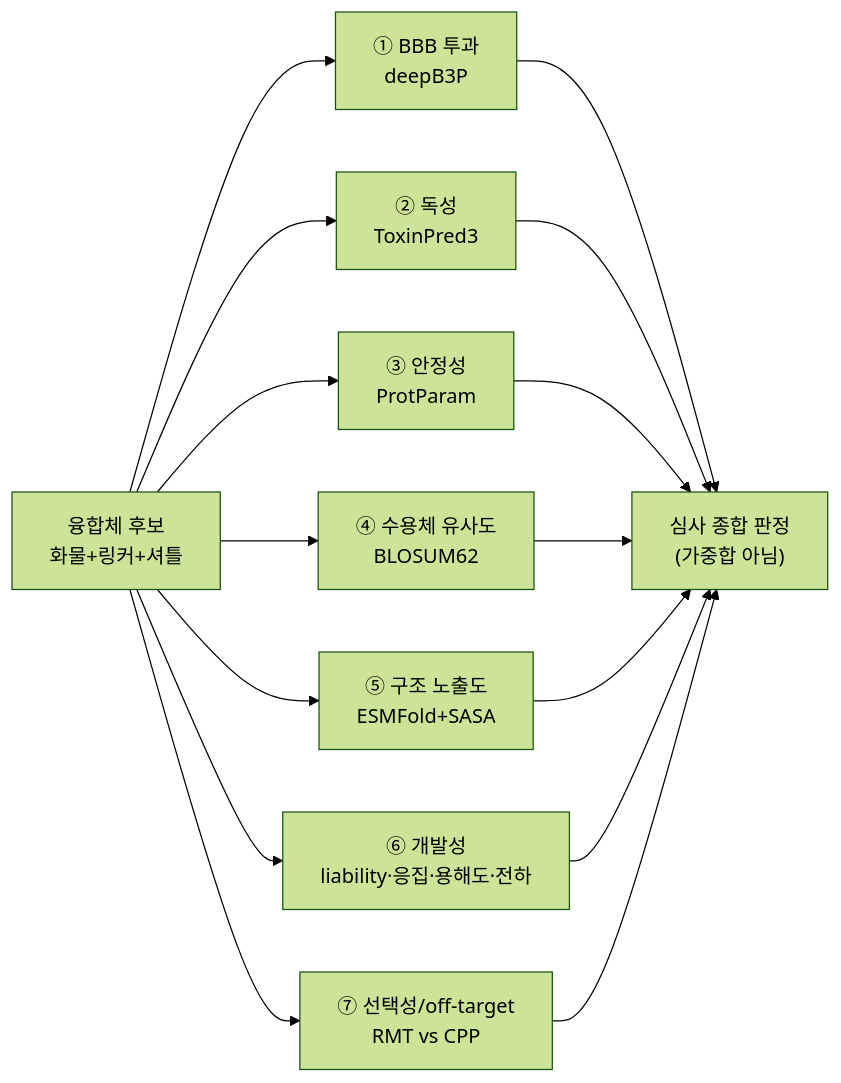
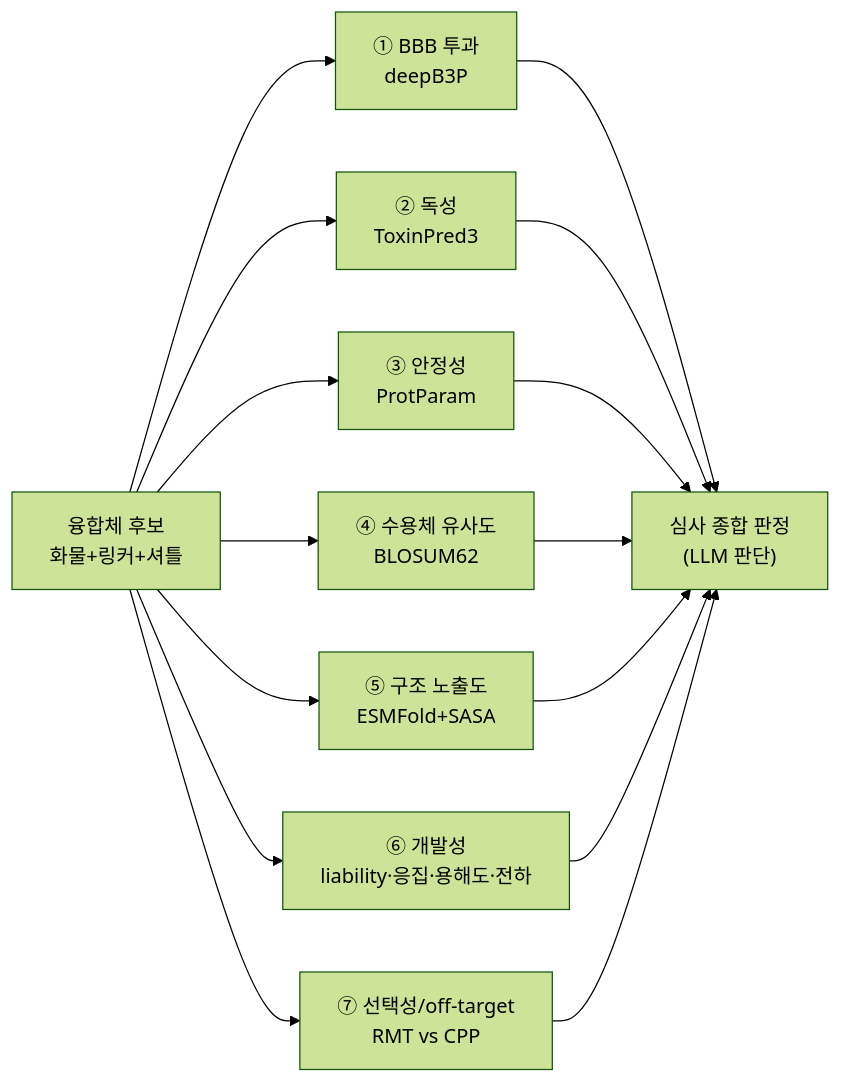
The seventh of 9 diagrams in 아키텍처.md (yunseul6028/BBB-Optimizer), drawn with Mermaid (forest theme) before and after one commit. The commit also changed other lines of this file, not shown here.

First line of the commit message:
docs(아키텍처): 심사 판정 워딩 "(가중합 아님)"→"(LLM 판단)", "(격리 아님)" 문구 제거

````diff
--- a/아키텍처.md
+++ b/아키텍처.md
@@ -255,12 +254,12 @@
 ```mermaid
 flowchart LR
   IN["융합체 후보<br/>화물+링커+셔틀"] --> A1 & A2 & A3 & A4 & A5 & A6 & A7
   A1["① BBB 투과<br/>deepB3P"]
   A2["② 독성<br/>ToxinPred3"]
   A3["③ 안정성<br/>ProtParam"]
   A4["④ 수용체 유사도<br/>BLOSUM62"]
   A5["⑤ 구조 노출도<br/>ESMFold+SASA"]
   A6["⑥ 개발성<br/>liability·응집·용해도·전하"]
   A7["⑦ 선택성/off-target<br/>RMT vs CPP"]
-  A1 & A2 & A3 & A4 & A5 & A6 & A7 --> J["심사 종합 판정<br/>(가중합 아님)"]
+  A1 & A2 & A3 & A4 & A5 & A6 & A7 --> J["심사 종합 판정<br/>(LLM 판단)"]
 ```
````
